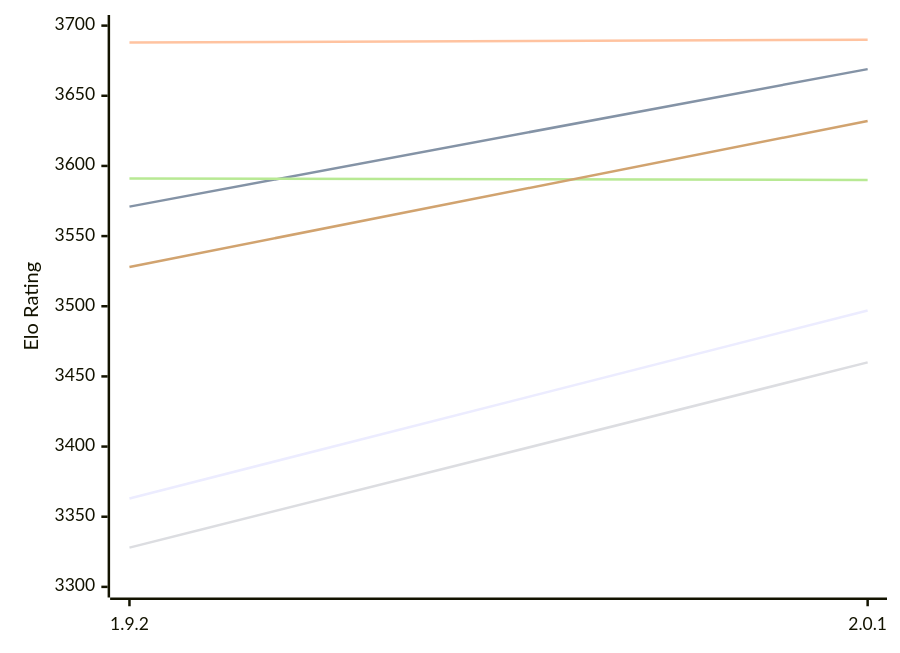
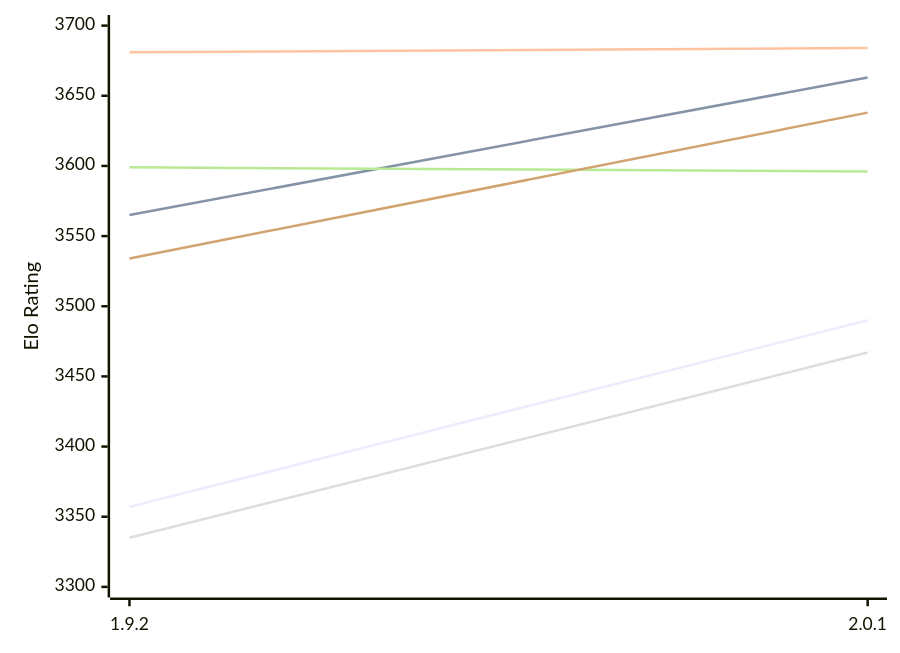
One commit to computer-chess-index/cci changed the first of 2 diagrams in engines/Pawnocchio.md. Above: the diagram before and after it, drawn with Mermaid. The commit also changed other lines of this file, not shown here.

Commit message:
Update CCI Ratings (ELO VLTC) - 2026-11-18

````diff
--- a/engines/Pawnocchio.md
+++ b/engines/Pawnocchio.md
@@ -52,12 +52,12 @@
 ```mermaid
 %%{init: {"theme":"base","themeVariables":{"seriesColors:['#a3a3a3','#222221','#faa371']}}}%%
 xychart-beta
   x-axis ["1.9.2", "2.0.1"]
   y-axis "Elo Rating" 3300 --> 3700
-  line "E1: STC (8.0+0.08s)" [3363, 3497]
-  line "E1: LTC (60.0+0.60s)" [3571, 3669]
-  line "E1: VLTC (2m24s+1.12s)" [3688, 3690]
-  line "P1: STC (8.0+0.08s)" [3328, 3460]
-  line "P1: LTC (60.0+0.60s)" [3591, 3590]
-  line "P1: VLTC (2m24s+1.12s)" [3528, 3632]
+  line "E1: STC (8.0+0.08s)" [3357, 3490]
+  line "E1: LTC (60.0+0.60s)" [3565, 3663]
+  line "E1: VLTC (2m24s+1.12s)" [3681, 3684]
+  line "P1: STC (8.0+0.08s)" [3335, 3467]
+  line "P1: LTC (60.0+0.60s)" [3599, 3596]
+  line "P1: VLTC (2m24s+1.12s)" [3534, 3638]
 ```
````
